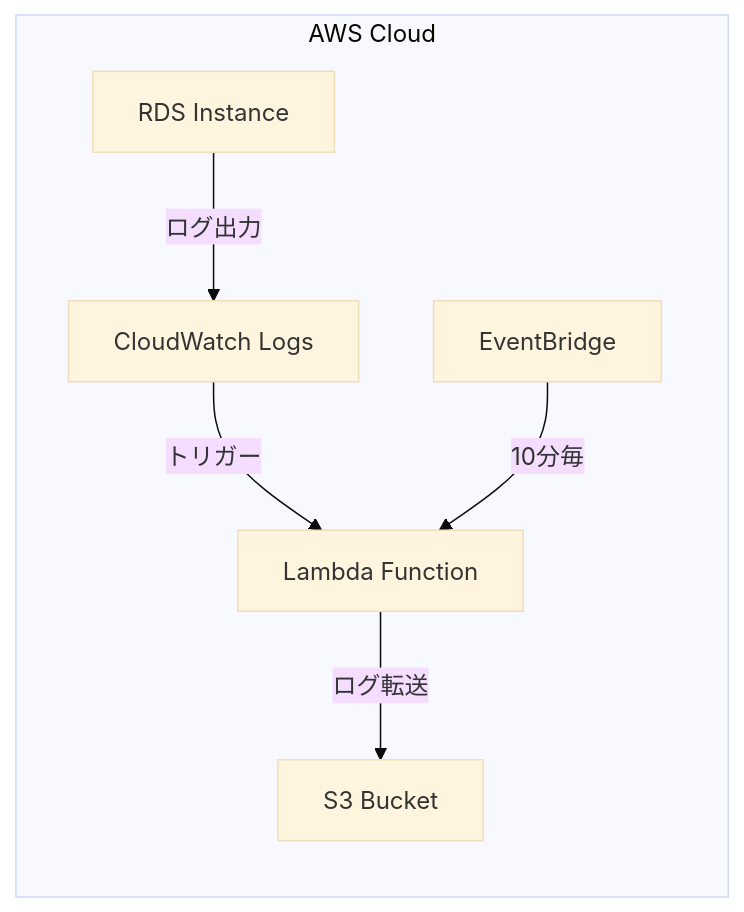
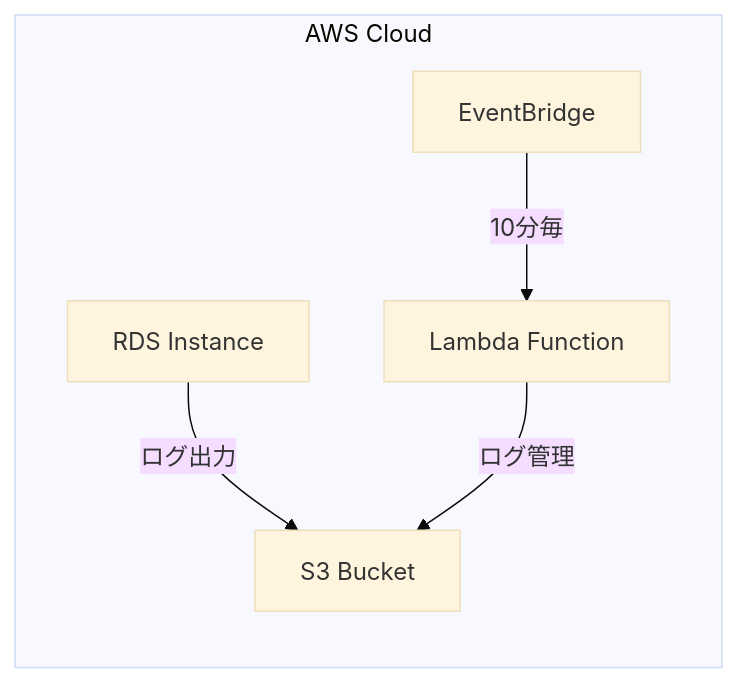
Before and after one commit to nix-tkobayashi/terraform-aws-rds-logs-collector: the diagram in README.md, drawn with Mermaid (base theme).

````diff
--- a/README.md
+++ b/README.md
@@ -7,15 +7,13 @@
 ```mermaid
 graph LR
-    RDS[RDS Instance] -->|ログ出力| CW[CloudWatch Logs]
-    CW -->|トリガー| Lambda[Lambda Function]
-    Lambda -->|ログ転送| S3[S3 Bucket]
-    ET[EventBridge]-->|10分毎| Lambda
+    RDS[RDS Instance] -->|ログ出力| S3[S3 Bucket]
+    ET[EventBridge]-->|10分毎| Lambda[Lambda Function]
+    Lambda -->|ログ管理| S3
     
     subgraph AWS Cloud
         RDS
-        CW
         Lambda
         S3
         ET
     end
 ```
````
